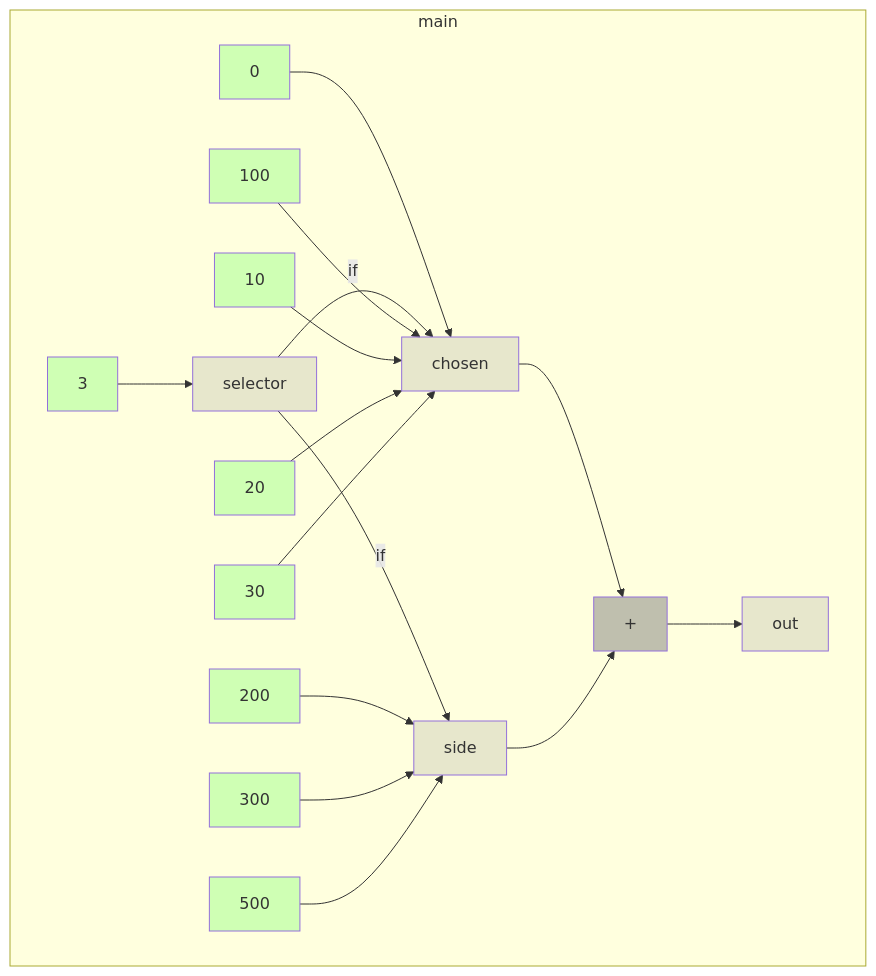
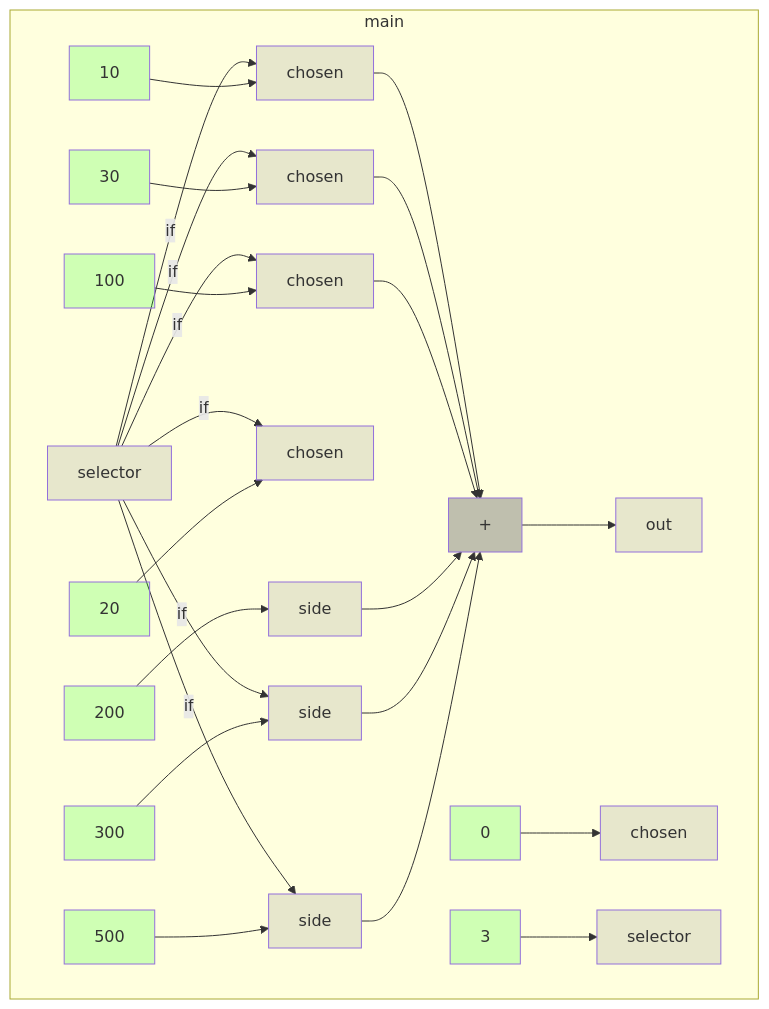
Before and after one commit to gstiebler/codeflow: the diagram in app/src/test/resources/switchStatement/spike-truth.md, drawn with Mermaid. The commit also changed 46 other files, not shown here.

````diff
--- a/app/src/test/resources/switchStatement/spike-truth.md
+++ b/app/src/test/resources/switchStatement/spike-truth.md
@@ -3,40 +3,55 @@
 ```mermaid
 flowchart TD
   subgraph m0["main"]
     n0["+"]:::BIN_OP
     n1["0"]:::LITERAL
     n2["100"]:::LITERAL
     n3["10"]:::LITERAL
     n4["200"]:::LITERAL
     n5["20"]:::LITERAL
     n6["300"]:::LITERAL
     n7["30"]:::LITERAL
     n8["3"]:::LITERAL
     n9["500"]:::LITERAL
     n10["chosen"]:::VARIABLE
-    n11["out"]:::VARIABLE
-    n12["selector"]:::VARIABLE
-    n13["side"]:::VARIABLE
+    n11["chosen"]:::VARIABLE
+    n12["chosen"]:::VARIABLE
+    n13["chosen"]:::VARIABLE
+    n14["chosen"]:::VARIABLE
+    n15["out"]:::VARIABLE
+    n16["selector"]:::VARIABLE
+    n17["selector"]:::VARIABLE
+    n18["side"]:::VARIABLE
+    n19["side"]:::VARIABLE
+    n20["side"]:::VARIABLE
   end
-  n0 --> n11
+  n0 --> n15
   n1 --> n10
-  n10 --> n0
-  n12 -->|if| n10
-  n12 -->|if| n13
+  n11 --> n0
   n13 --> n0
-  n2 --> n10
-  n3 --> n10
-  n4 --> n13
-  n5 --> n10
-  n6 --> n13
-  n7 --> n10
-  n8 --> n12
-  n9 --> n13
+  n14 --> n0
+  n16 -->|if| n11
+  n16 -->|if| n12
+  n16 -->|if| n13
+  n16 -->|if| n14
+  n16 -->|if| n19
+  n16 -->|if| n20
+  n18 --> n0
+  n19 --> n0
+  n2 --> n14
+  n20 --> n0
+  n3 --> n11
+  n4 --> n18
+  n5 --> n12
+  n6 --> n19
+  n7 --> n13
+  n8 --> n17
+  n9 --> n20
   classDef LITERAL fill:#00FF0030
   classDef VARIABLE fill:#80808030
   classDef BIN_OP fill:#80808080
   classDef FUNC_PARAM fill:#8080FF30
   classDef RETURN fill:#FF808080
   classDef EXTERNAL fill:#FFA50040
   classDef UNMODELLED fill:#FF000030,stroke-dasharray: 4 2
 ```
````
